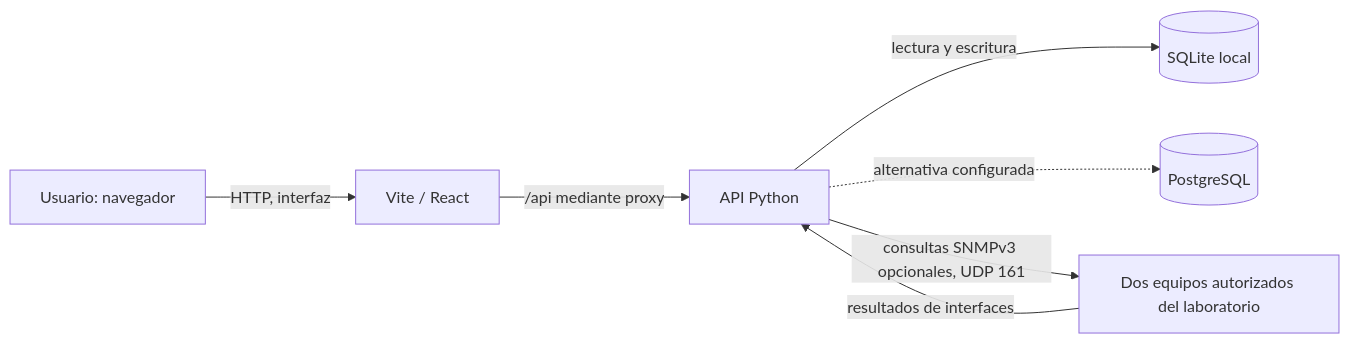
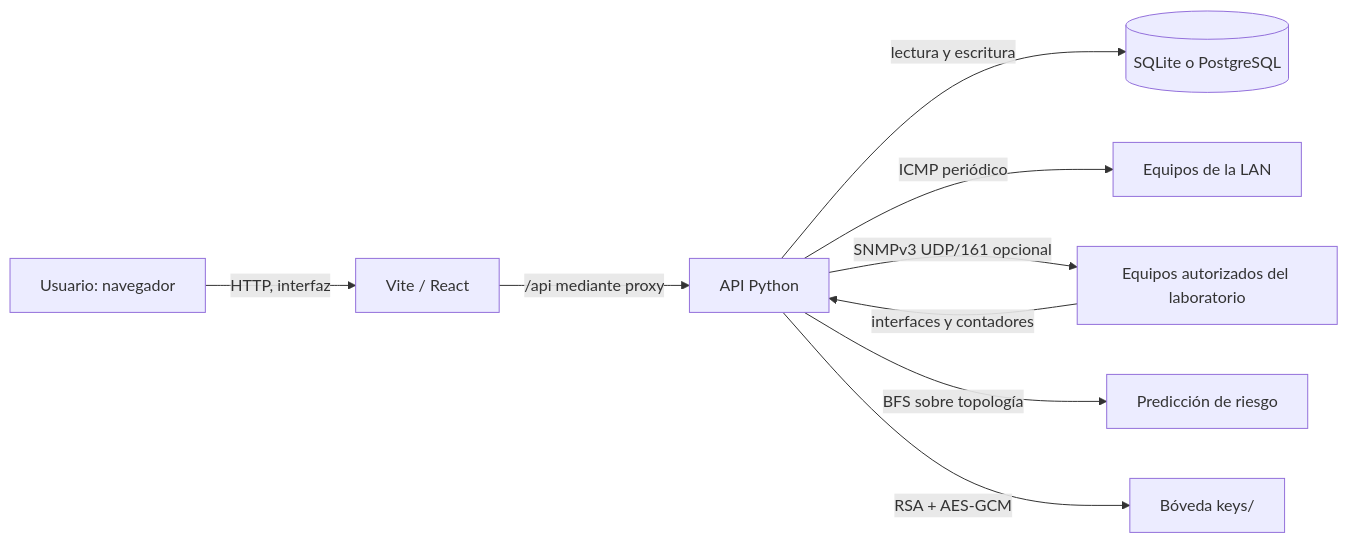
One commit to Janooooo0/NetGuardAI changed the diagram in NetGuardAI/MANUAL_INSTALACION.md. Above: the diagram before and after it, drawn with Mermaid. The commit also changed other lines of this file and 33 other files, not shown here.

First line of the commit message:
NetGuard AI v1.0.0: predicción de riesgos, cifrado RSA, Docker y documentación

````diff
--- a/NetGuardAI/MANUAL_INSTALACION.md
+++ b/NetGuardAI/MANUAL_INSTALACION.md
@@ -47,9 +60,11 @@
 ```mermaid
 flowchart LR
     U[Usuario: navegador] -->|HTTP, interfaz| V[Vite / React]
     V -->|/api mediante proxy| A[API Python]
-    A -->|lectura y escritura| D[(SQLite local)]
-    A -. alternativa configurada .-> P[(PostgreSQL)]
-    A -->|consultas SNMPv3 opcionales, UDP 161| N[Dos equipos autorizados del laboratorio]
-    N -->|resultados de interfaces| A
+    A -->|lectura y escritura| D[(SQLite o PostgreSQL)]
+    A -->|ICMP periódico| L[Equipos de la LAN]
+    A -->|SNMPv3 UDP/161 opcional| N[Equipos autorizados del laboratorio]
+    N -->|interfaces y contadores| A
+    A -->|BFS sobre topología| R[Predicción de riesgo]
+    A -->|RSA + AES-GCM| K[Bóveda keys/]
 ```
````
